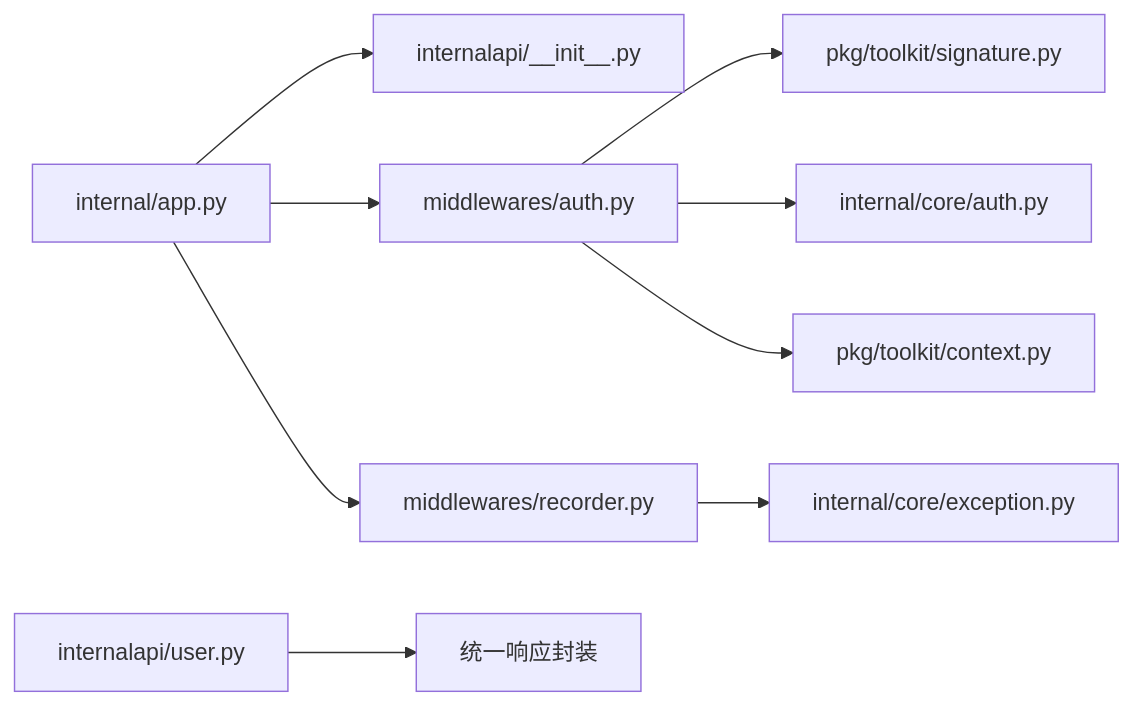
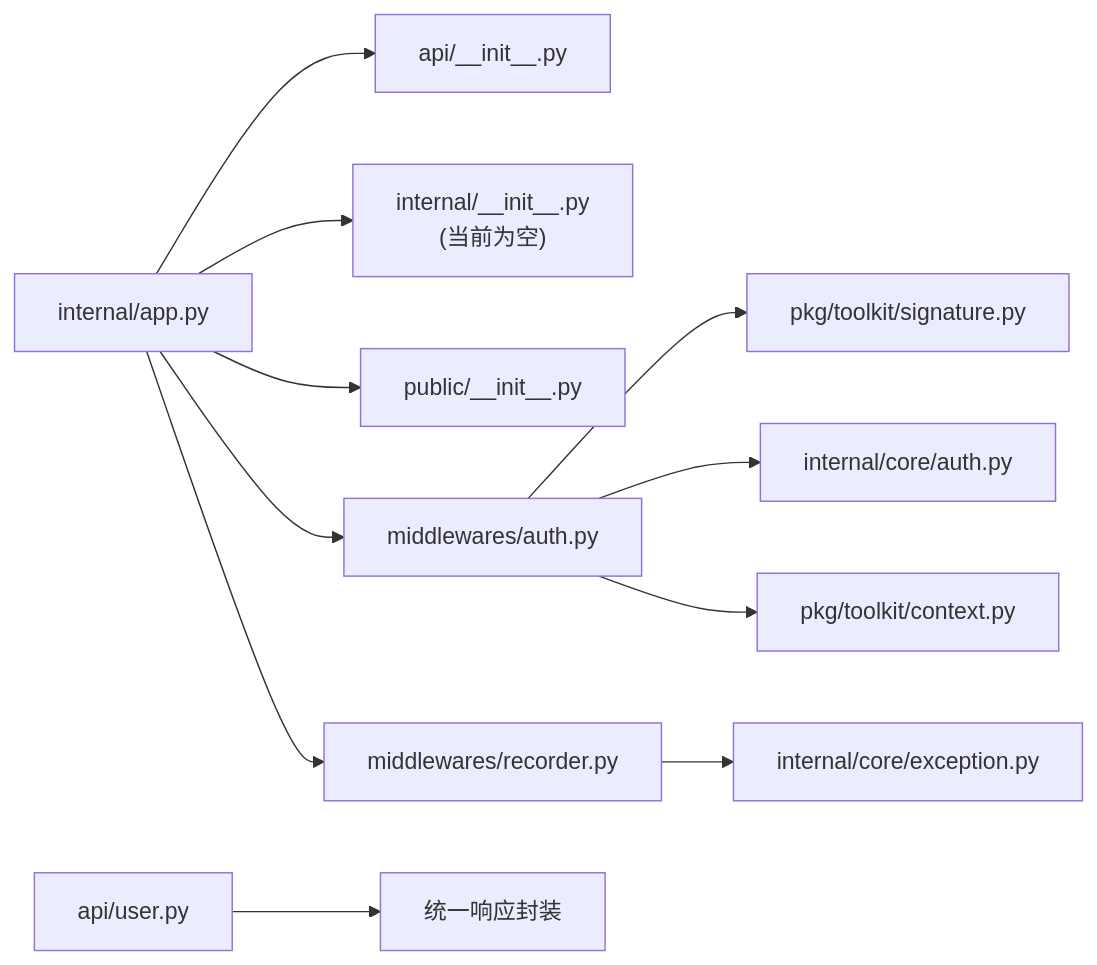
The fourth of 4 diagrams in .qoder/repowiki/zh/content/API接口文档/Internal API接口.md (lilinzezzzzzz/fastapi-backend), drawn with Mermaid before and after one commit. The commit also changed other lines of this file and 42 other files, not shown here.

````diff
--- a/.qoder/repowiki/zh/content/API接口文档/Internal API接口.md
+++ b/.qoder/repowiki/zh/content/API接口文档/Internal API接口.md
@@ -234,11 +243,13 @@
 ```mermaid
 graph LR
-App["internal/app.py"] --> Routers["internalapi/__init__.py"]
+App["internal/app.py"] --> API["api/__init__.py"]
+App --> Internal["internal/__init__.py<br/>(当前为空)"]
+App --> Public["public/__init__.py"]
 App --> AuthMW["middlewares/auth.py"]
 App --> RecMW["middlewares/recorder.py"]
 AuthMW --> Sig["pkg/toolkit/signature.py"]
 AuthMW --> AuthCore["internal/core/auth.py"]
 AuthMW --> Ctx["pkg/toolkit/context.py"]
 RecMW --> Ex["internal/core/exception.py"]
-Ctrl["internalapi/user.py"] --> Resp["统一响应封装"]
+Ctrl["api/user.py"] --> Resp["统一响应封装"]
 ```
````
